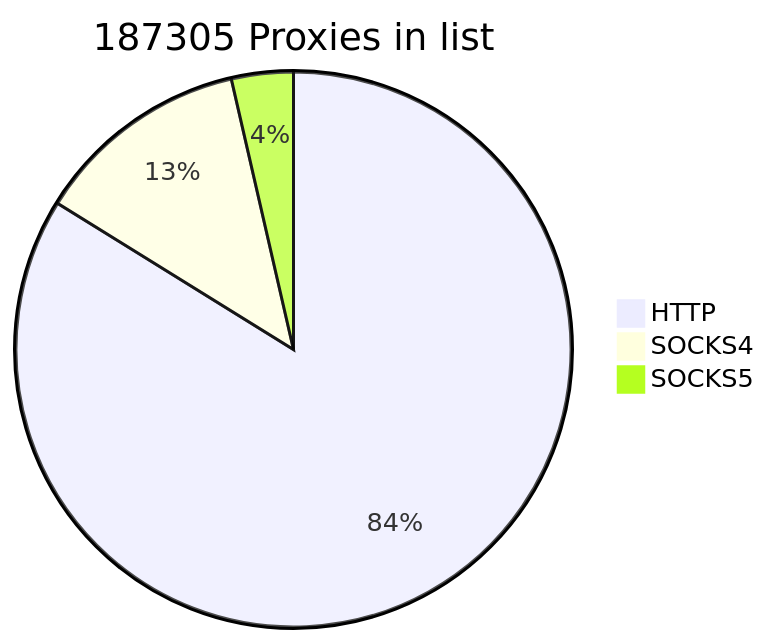
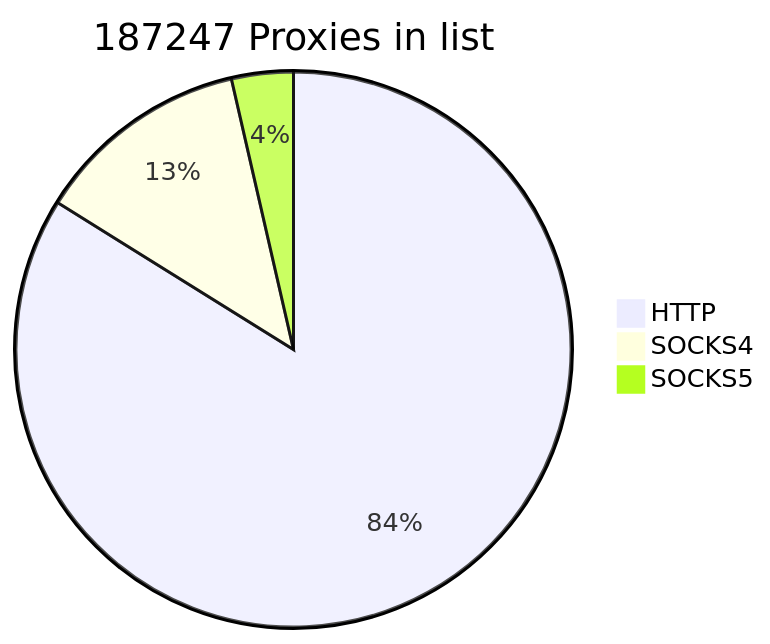
One commit to cutipu/proxylist changed the first of 2 diagrams in README.md. Above: the diagram before and after it, drawn with Mermaid. The commit also changed other lines of this file, not shown here.

````diff
--- a/README.md
+++ b/README.md
@@ -2,7 +2,7 @@
 ```mermaid
-pie title 187305 Proxies in list
-    "HTTP" : 157009
-    "SOCKS4" : 23562
-    "SOCKS5" : 6734
+pie title 187247 Proxies in list
+    "HTTP" : 157034
+    "SOCKS4" : 23491
+    "SOCKS5" : 6722
             
 ```
````
